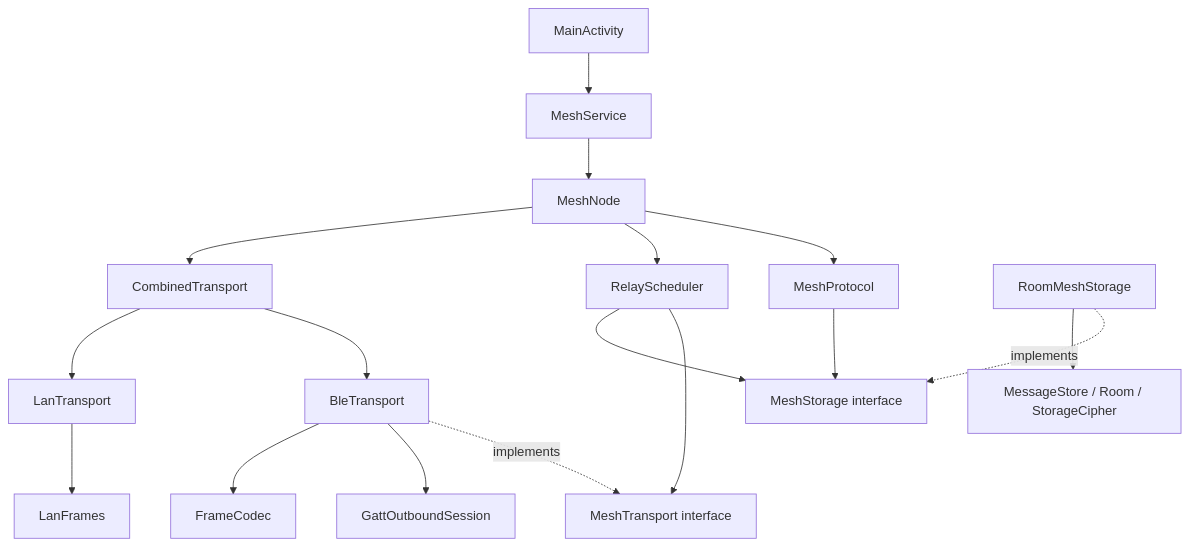
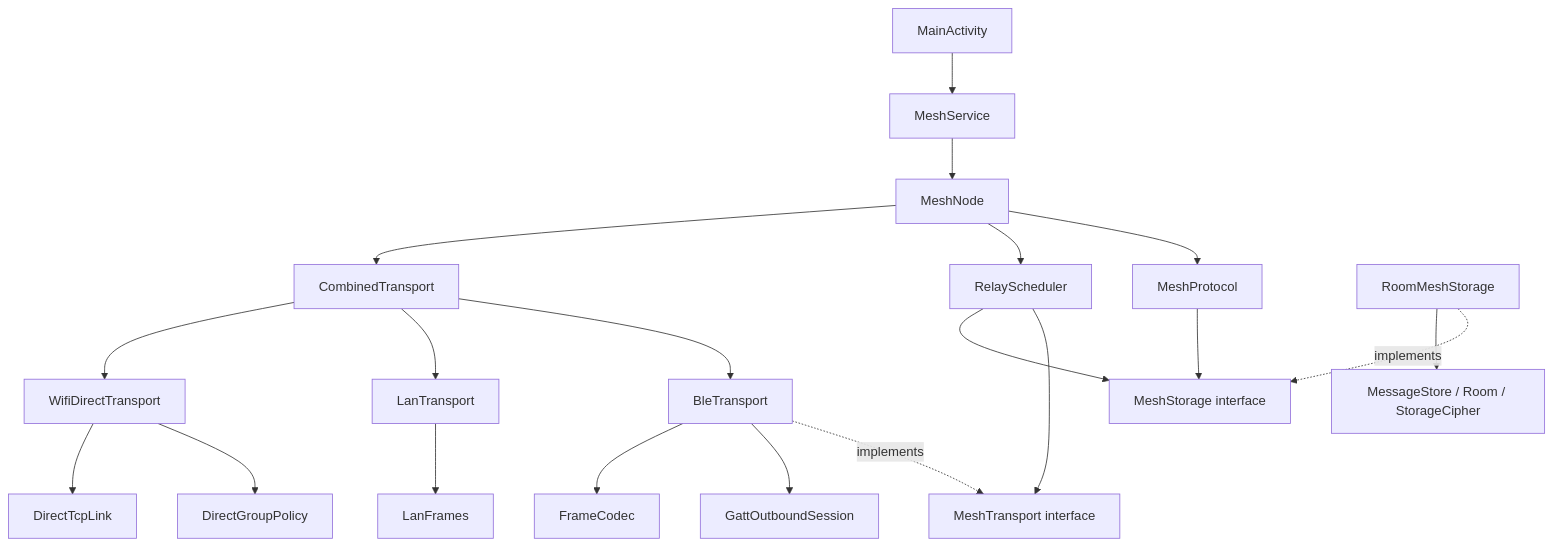
Before and after one commit to mittalsukhansh/OffGrid: the diagram in ARCHITECTURE.md, drawn with Mermaid. The commit also changed other lines of this file and 25 other files, not shown here.

Commit message:
Add AP-free Wi-Fi Direct discovery, pairing and P2P data transport

````diff
--- a/ARCHITECTURE.md
+++ b/ARCHITECTURE.md
@@ -20,19 +20,22 @@
 ```mermaid
 flowchart TD
   UI[MainActivity] --> Service[MeshService]
   Service --> Node[MeshNode]
   Node --> Protocol[MeshProtocol]
   Node --> Relay[RelayScheduler]
   Node --> Combined[CombinedTransport]
   Combined --> BLE[BleTransport]
   Combined --> LAN[LanTransport]
+  Combined --> Direct[WifiDirectTransport]
+  Direct --> GroupPolicy[DirectGroupPolicy]
+  Direct --> DirectTCP[DirectTcpLink]
   LAN --> LANCodec[LanFrames]
   Relay --> Transport[MeshTransport interface]
   BLE -. implements .-> Transport
   BLE --> GATT[GattOutboundSession]
   BLE --> Codec[FrameCodec]
   Protocol --> Storage[MeshStorage interface]
   Relay --> Storage
   RoomAdapter[RoomMeshStorage] -. implements .-> Storage
   RoomAdapter --> Store[MessageStore / Room / StorageCipher]
 ```
````
